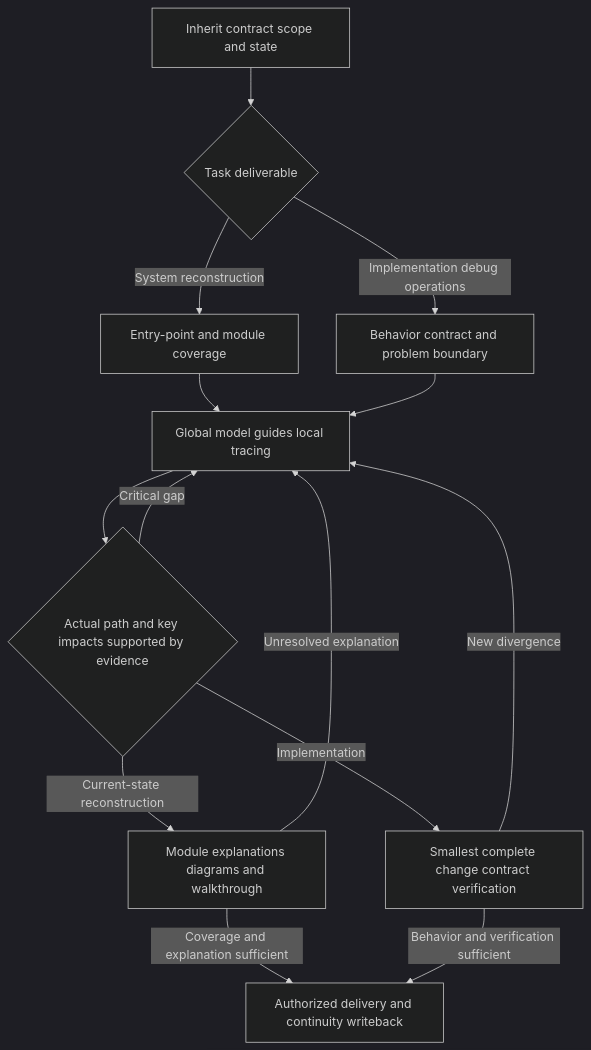
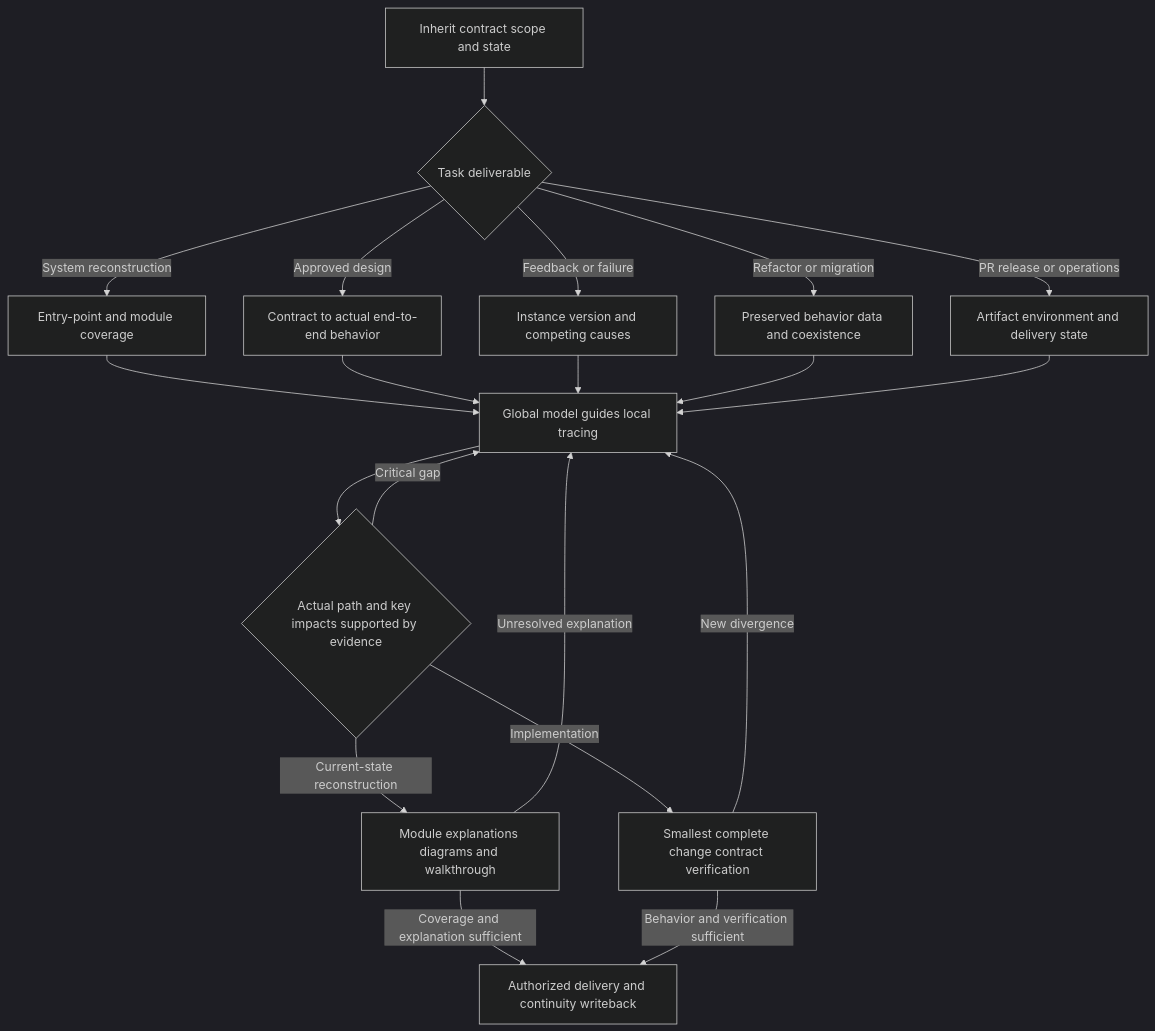
Before and after one commit to jiale-li-orion/arch-thinking-skill: the third of 3 diagrams in README.md, drawn with Mermaid (dark theme). The commit also changed other lines of this file and 1 other file, not shown here.

Commit message:
Explain task routing in README architecture views

````diff
--- a/README.md
+++ b/README.md
@@ -160,16 +176,22 @@
 ```mermaid
 flowchart TB
     READ[Inherit contract scope and state] --> TASK{Task deliverable}
     TASK -->|System reconstruction| COVER[Entry-point and module coverage]
-    TASK -->|Implementation debug operations| BOUND[Behavior contract and problem boundary]
+    TASK -->|Approved design| DESIGN[Contract to actual end-to-end behavior]
+    TASK -->|Feedback or failure| DEBUG[Instance version and competing causes]
+    TASK -->|Refactor or migration| MIGRATE[Preserved behavior data and coexistence]
+    TASK -->|PR release or operations| SHIP[Artifact environment and delivery state]
     COVER --> MODEL[Global model guides local tracing]
-    BOUND --> MODEL
+    DESIGN --> MODEL
+    DEBUG --> MODEL
+    MIGRATE --> MODEL
+    SHIP --> MODEL
     MODEL --> FACT{Actual path and key impacts supported by evidence}
     FACT -->|Critical gap| MODEL
     FACT -->|Current-state reconstruction| DOC[Module explanations diagrams and walkthrough]
     FACT -->|Implementation| CHANGE[Smallest complete change contract verification]
     DOC -->|Unresolved explanation| MODEL
     CHANGE -->|New divergence| MODEL
     DOC -->|Coverage and explanation sufficient| DONE[Authorized delivery and continuity writeback]
     CHANGE -->|Behavior and verification sufficient| DONE
 ```
````
